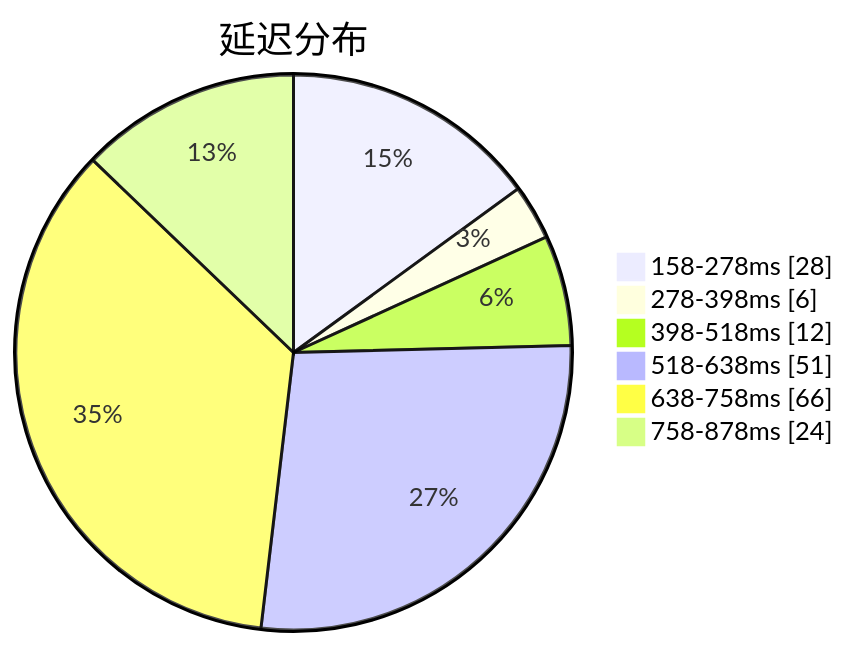
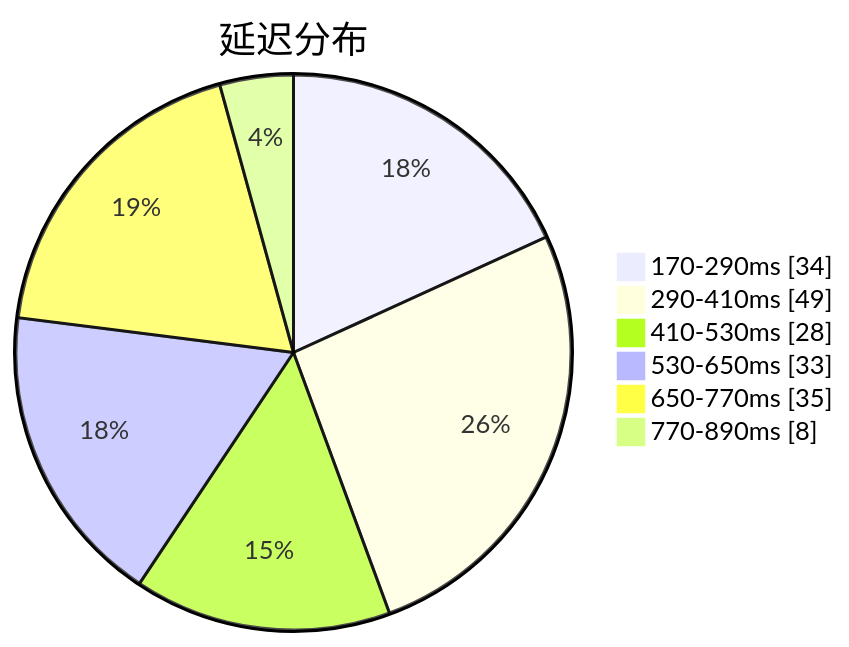
One commit to qjlxg/airport changed the first of 3 diagrams in subs/statistics/tested_within.md. Above: the diagram before and after it, drawn with Mermaid. The commit also changed other lines of this file and 2 other files, not shown here.

````diff
--- a/subs/statistics/tested_within.md
+++ b/subs/statistics/tested_within.md
@@ -2,10 +2,10 @@
 ```mermaid
 pie showData
 title 延迟分布
-"158-278ms" : 28
-"278-398ms" : 6
-"398-518ms" : 12
-"518-638ms" : 51
-"638-758ms" : 66
-"758-878ms" : 24
+"170-290ms" : 34
+"290-410ms" : 49
+"410-530ms" : 28
+"530-650ms" : 33
+"650-770ms" : 35
+"770-890ms" : 8
 ```
````
